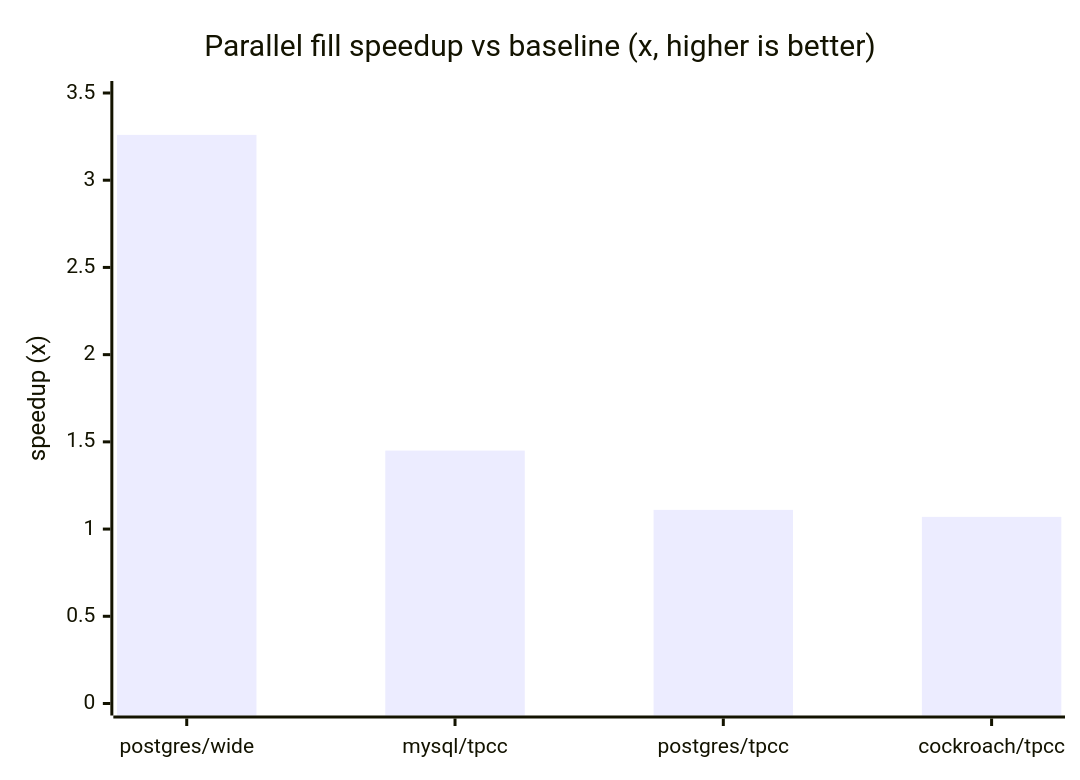
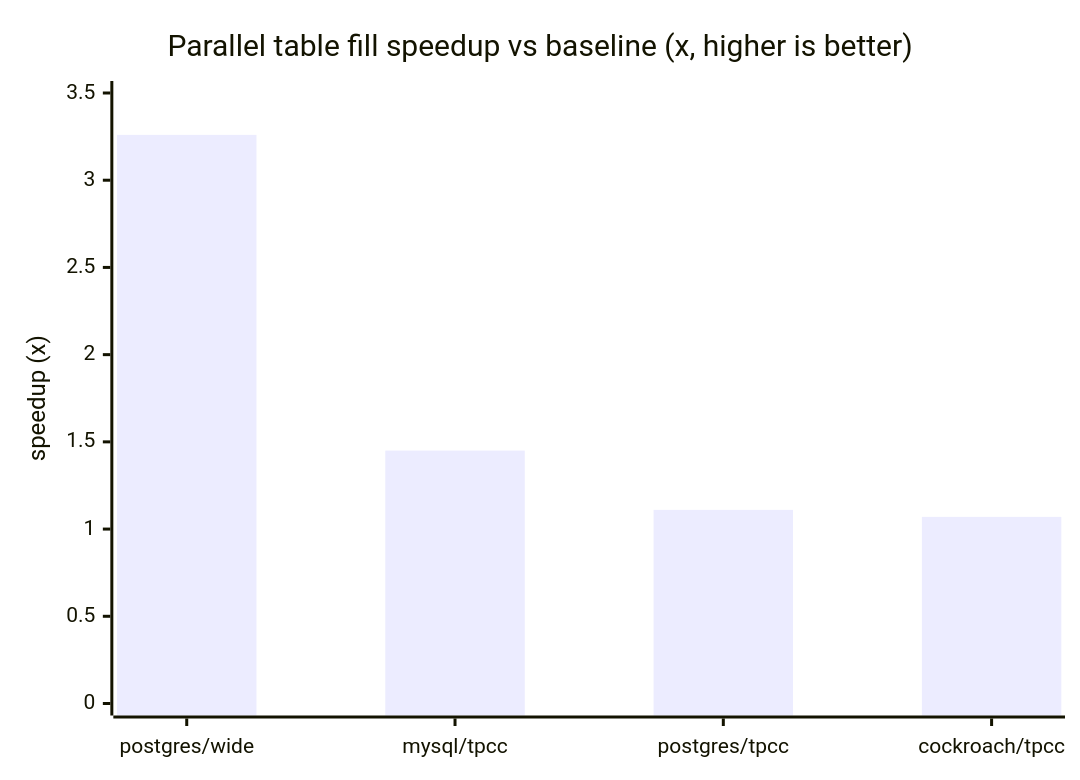
Before and after one commit to timveil/bloviate: the second of 3 diagrams in BENCHMARKS.md, drawn with Mermaid. The commit also changed other lines of this file and 1 other file, not shown here.

````diff
--- a/BENCHMARKS.md
+++ b/BENCHMARKS.md
@@ -166,7 +200,7 @@
 ```mermaid
 xychart-beta
-    title "Parallel fill speedup vs baseline (x, higher is better)"
+    title "Parallel table fill speedup vs baseline (x, higher is better)"
     x-axis ["postgres/wide", "mysql/tpcc", "postgres/tpcc", "cockroach/tpcc"]
     y-axis "speedup (x)" 0 --> 3.5
     bar [3.26, 1.45, 1.11, 1.07]
 ```
````
